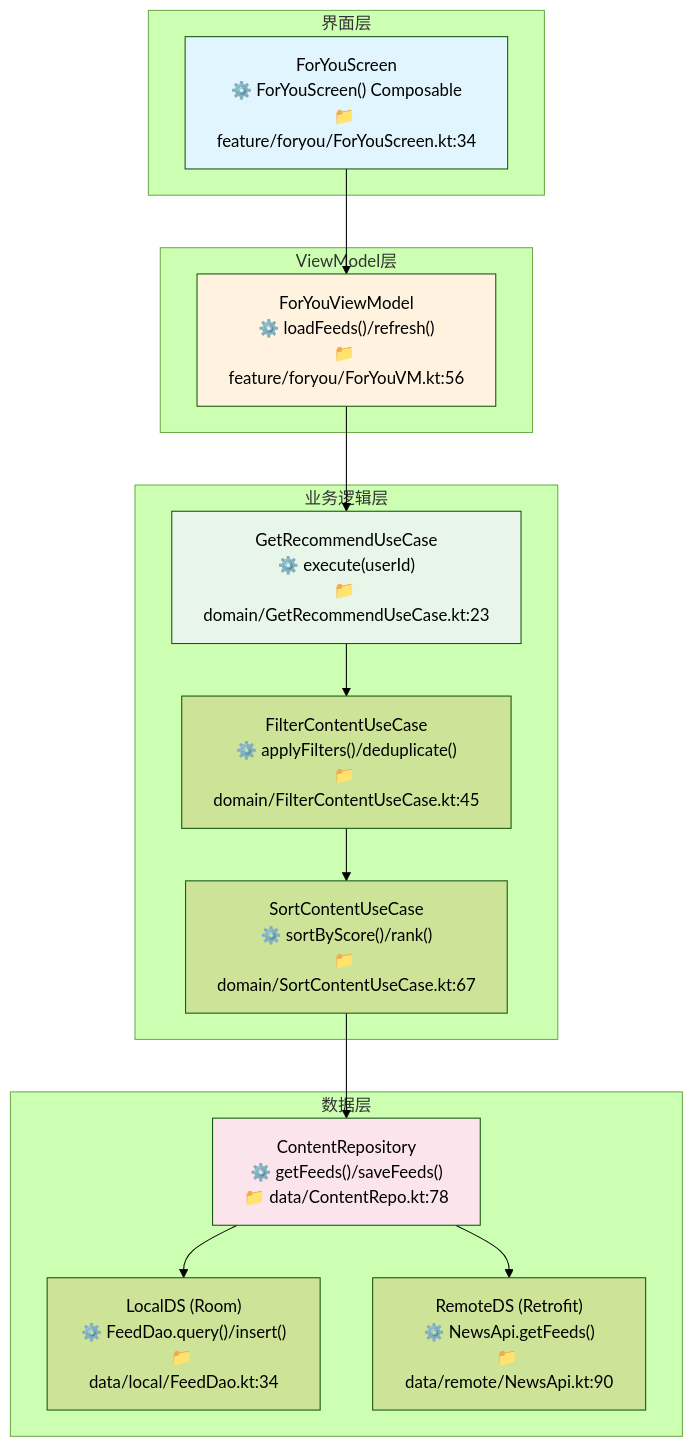
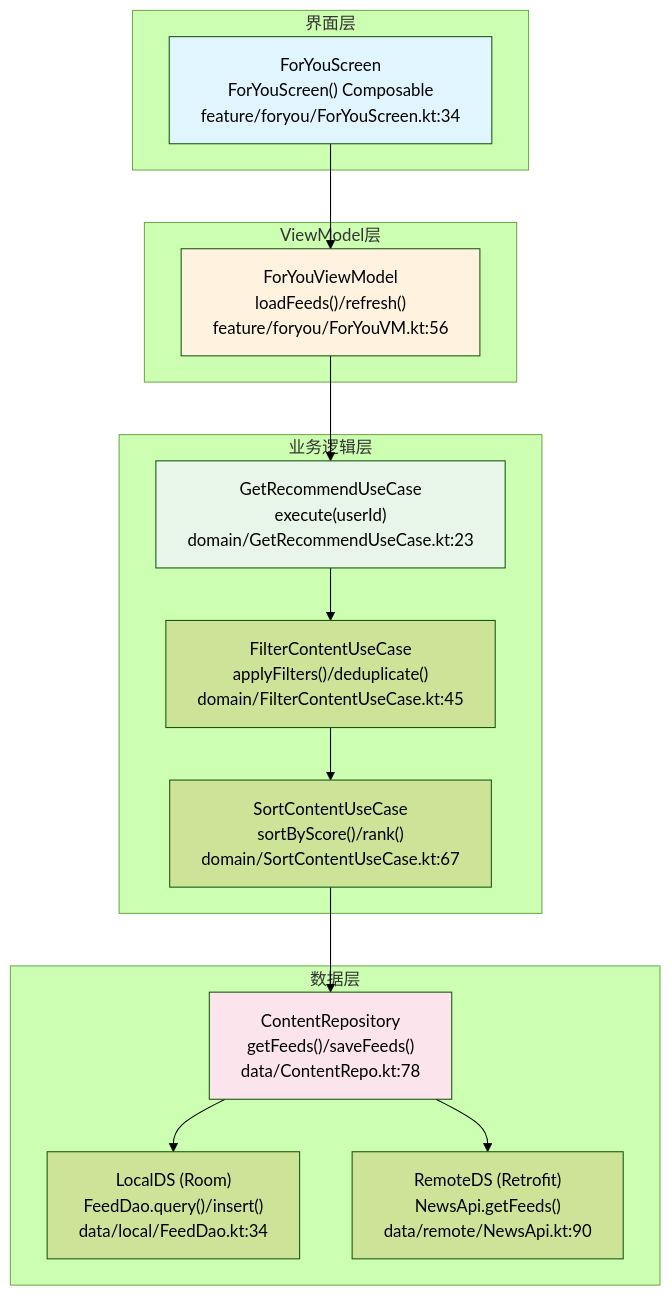
One commit to CaostGrace/project-arch-reverse changed the sixth of 7 diagrams in references/android-template.md. Above: the diagram before and after it, drawn with Mermaid (forest theme). The commit also changed other lines of this file and 10 other files, not shown here.

Commit message:
fix: 修复 12.1 流程图 Mermaid 渲染问题 - 结构重组+节点引号+形状修复

````diff
--- a/references/android-template.md
+++ b/references/android-template.md
@@ -385,35 +410,37 @@
 ```mermaid
 flowchart TB
     subgraph UI[界面层]
-        FORYOU_SCREEN["ForYouScreen<br/>⚙️ ForYouScreen() Composable<br/>📁 feature/foryou/ForYouScreen.kt:34"]
+        FORYOU_SCREEN["ForYouScreen<br>ForYouScreen() Composable<br>feature/foryou/ForYouScreen.kt:34"]
+    end
+    subgraph VM[ViewModel层]
+        FORYOU_VM["ForYouViewModel<br>loadFeeds()/refresh()<br>feature/foryou/ForYouVM.kt:56"]
+    end
+    subgraph UseCase[业务逻辑层]
+        GET_RECOMMEND["GetRecommendUseCase<br>execute(userId)<br>domain/GetRecommendUseCase.kt:23"]
+        FILTER_CONTENT["FilterContentUseCase<br>applyFilters()/deduplicate()<br>domain/FilterContentUseCase.kt:45"]
+        SORT_CONTENT["SortContentUseCase<br>sortByScore()/rank()<br>domain/SortContentUseCase.kt:67"]
+    end
+    subgraph Data[数据层]
+        REPO["ContentRepository<br>getFeeds()/saveFeeds()<br>data/ContentRepo.kt:78"]
+        LOCAL_DS["LocalDS (Room)<br>FeedDao.query()/insert()<br>data/local/FeedDao.kt:34"]
+        REMOTE_DS["RemoteDS (Retrofit)<br>NewsApi.getFeeds()<br>data/remote/NewsApi.kt:90"]
     end
 
-    subgraph VM[ViewModel层]
-        FORYOU_VM["ForYouViewModel<br/>⚙️ loadFeeds()/refresh()<br/>📁 feature/foryou/ForYouVM.kt:56"]
-    end
 
-    subgraph UseCase[业务逻辑层]
-        GET_RECOMMEND["GetRecommendUseCase<br/>⚙️ execute(userId)<br/>📁 domain/GetRecommendUseCase.kt:23"]
-        FILTER_CONTENT["FilterContentUseCase<br/>⚙️ applyFilters()/deduplicate()<br/>📁 domain/FilterContentUseCase.kt:45"]
-        SORT_CONTENT["SortContentUseCase<br/>⚙️ sortByScore()/rank()<br/>📁 domain/SortContentUseCase.kt:67"]
-    end
 
-    subgraph Data[数据层]
-        REPO["ContentRepository<br/>⚙️ getFeeds()/saveFeeds()<br/>📁 data/ContentRepo.kt:78"]
-        LOCAL_DS["LocalDS (Room)<br/>⚙️ FeedDao.query()/insert()<br/>📁 data/local/FeedDao.kt:34"]
-        REMOTE_DS["RemoteDS (Retrofit)<br/>⚙️ NewsApi.getFeeds()<br/>📁 data/remote/NewsApi.kt:90"]
-    end
 
-    FORYOU_SCREEN --> FORYOU_VM
-    FORYOU_VM --> GET_RECOMMEND
-    GET_RECOMMEND --> FILTER_CONTENT
-    FILTER_CONTENT --> SORT_CONTENT
-    SORT_CONTENT --> REPO
-    REPO --> LOCAL_DS
-    REPO --> REMOTE_DS
 
-    style FORYOU_SCREEN fill:#e1f5fe
-    style FORYOU_VM fill:#fff3e0
-    style GET_RECOMMEND fill:#e8f5e9
-    style REPO fill:#fce4ec
+
+FORYOU_SCREEN --> FORYOU_VM
+FORYOU_VM --> GET_RECOMMEND
+GET_RECOMMEND --> FILTER_CONTENT
+FILTER_CONTENT --> SORT_CONTENT
+SORT_CONTENT --> REPO
+REPO --> LOCAL_DS
+REPO --> REMOTE_DS
+
+style FORYOU_SCREEN fill:#e1f5fe
+style FORYOU_VM fill:#fff3e0
+style GET_RECOMMEND fill:#e8f5e9
+style REPO fill:#fce4ec
 ```
````
